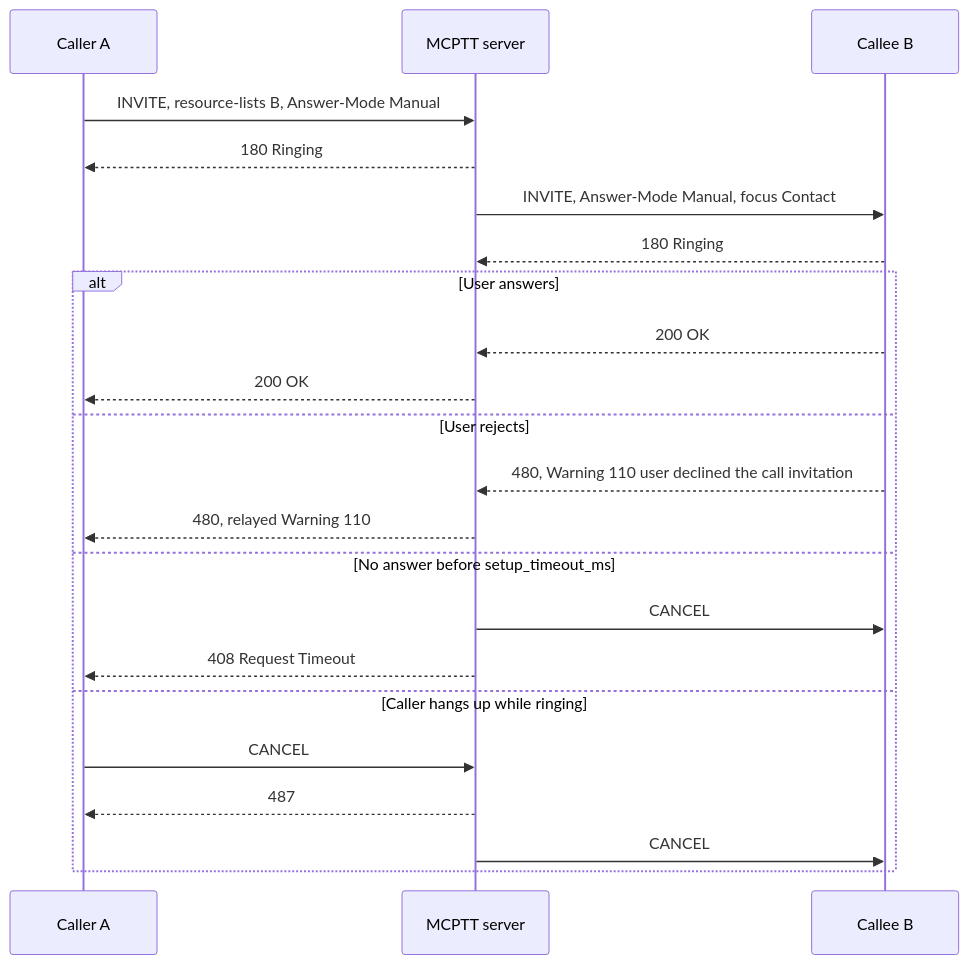
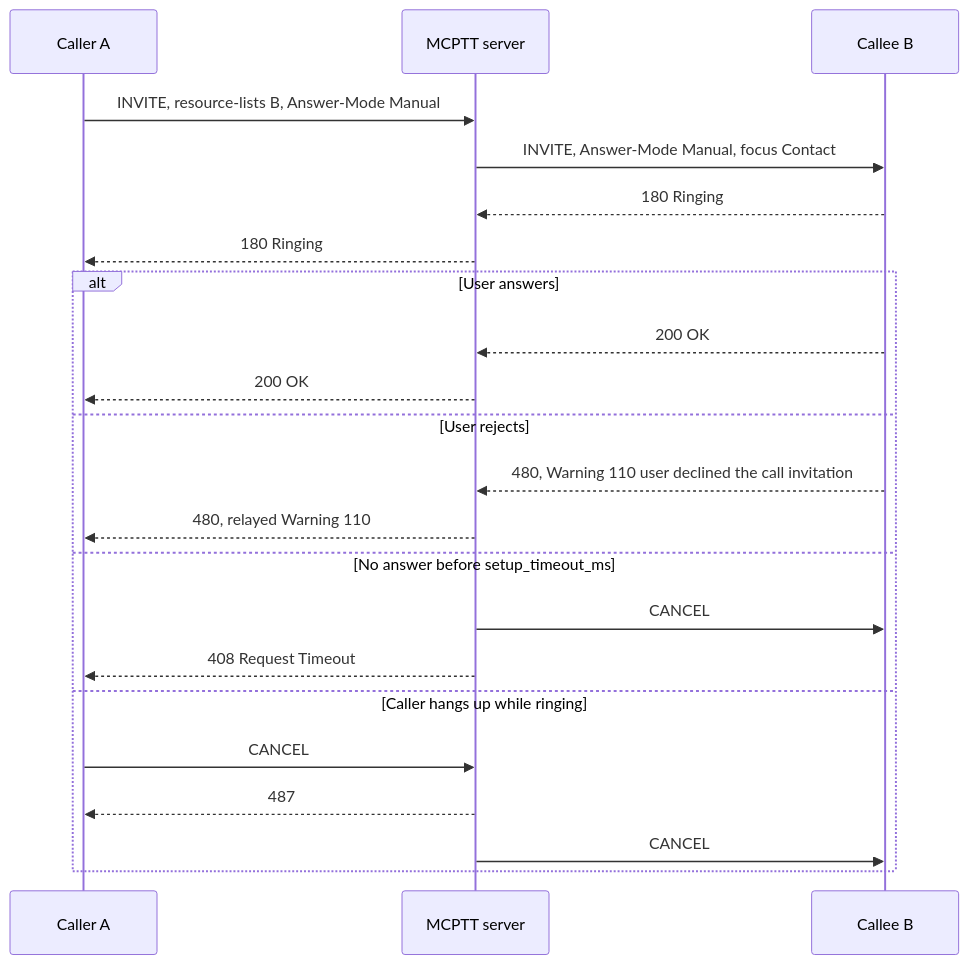
Before and after one commit to openMCX/openmcx-server: the second of 2 diagrams in tutorials/unit-tests/03-private-calls/README.md, drawn with Mermaid. The commit also changed other lines of this file and 258 other files, not shown here.

````diff
--- a/tutorials/unit-tests/03-private-calls/README.md
+++ b/tutorials/unit-tests/03-private-calls/README.md
@@ -272,24 +273,24 @@
 ```mermaid
 sequenceDiagram
     participant A as Caller A
     participant S as MCPTT server
     participant B as Callee B
     A->>S: INVITE, resource-lists B, Answer-Mode Manual
-    S-->>A: 180 Ringing
     S->>B: INVITE, Answer-Mode Manual, focus Contact
     B-->>S: 180 Ringing
+    S-->>A: 180 Ringing
     alt User answers
         B-->>S: 200 OK
         S-->>A: 200 OK
     else User rejects
         B-->>S: 480, Warning 110 user declined the call invitation
         S-->>A: 480, relayed Warning 110
     else No answer before setup_timeout_ms
         S->>B: CANCEL
         S-->>A: 408 Request Timeout
     else Caller hangs up while ringing
         A->>S: CANCEL
         S-->>A: 487
         S->>B: CANCEL
     end
 ```
````
